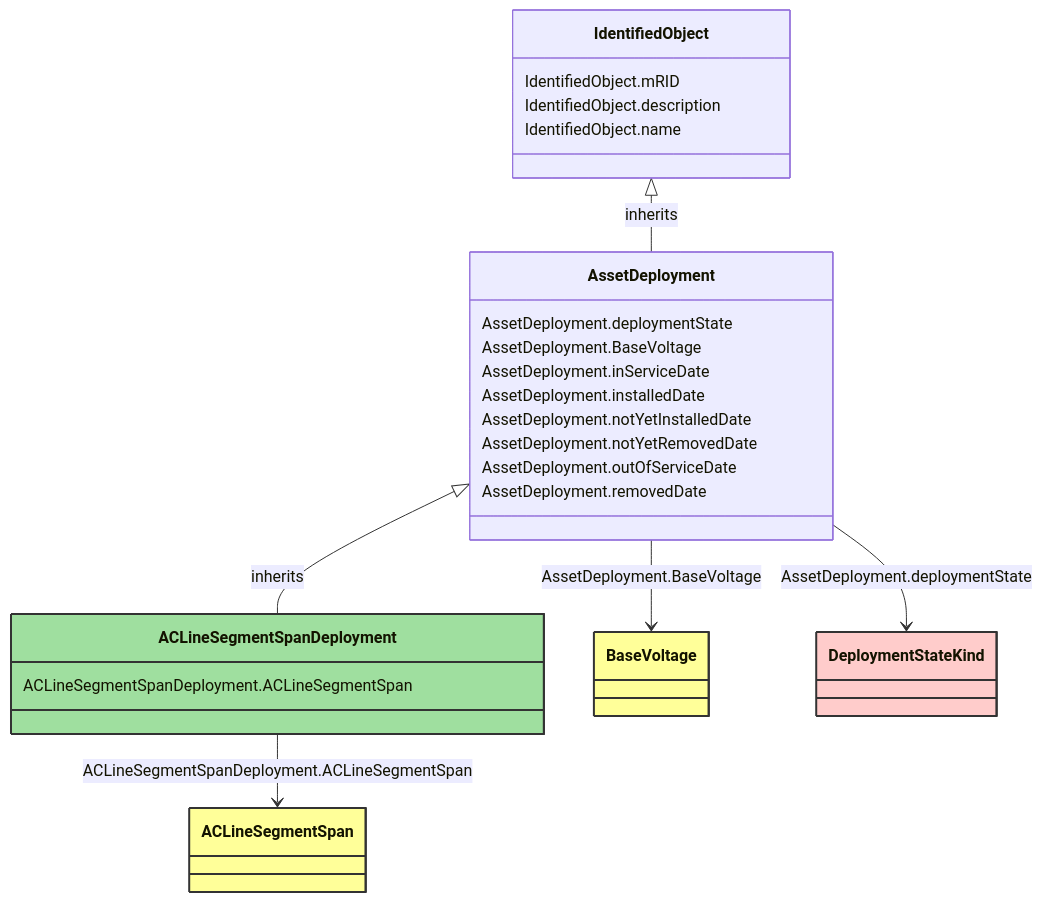
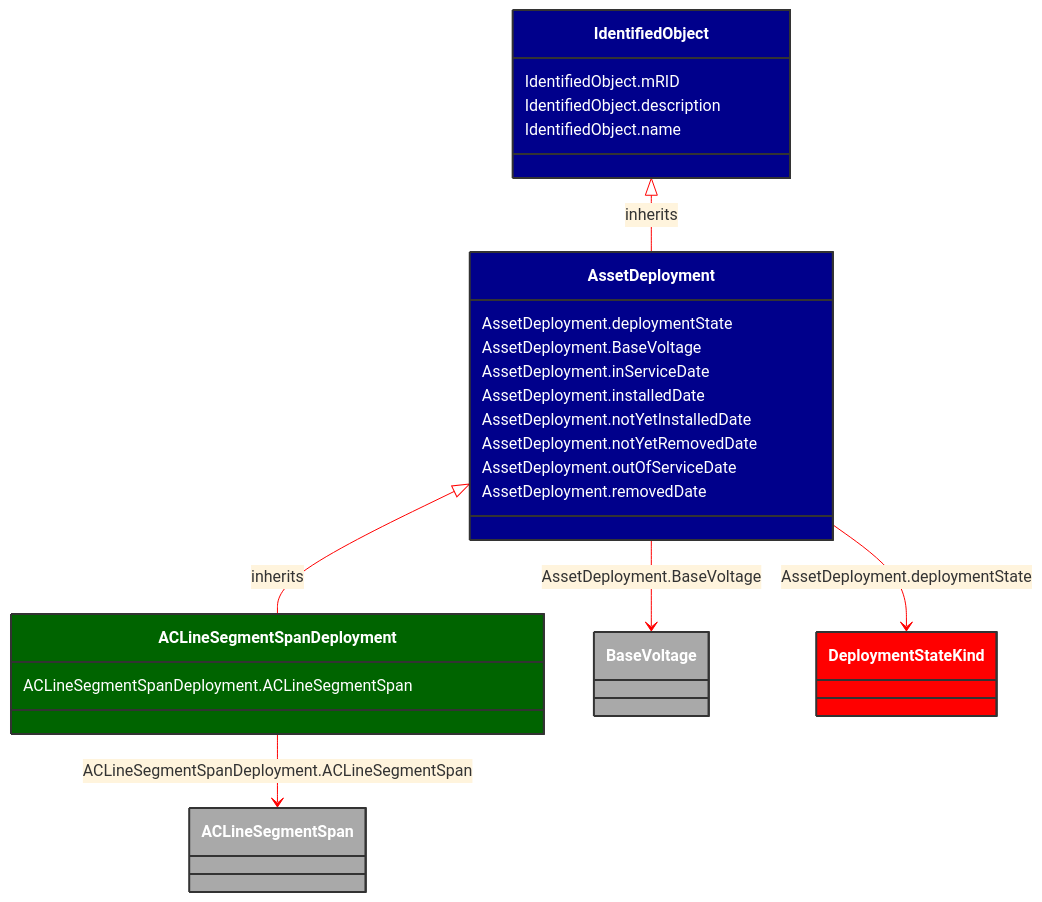
The diagram in docs/Models/Profiles/AviationObstacle/ConcreteClasses/ACLineSegmentSpanDeployment.md (3lbits/NoCIMExtensions), drawn with Mermaid before and after one commit. The commit also changed 58 other files, not shown here.

````diff
--- a/docs/Models/Profiles/AviationObstacle/ConcreteClasses/ACLineSegmentSpanDeployment.md
+++ b/docs/Models/Profiles/AviationObstacle/ConcreteClasses/ACLineSegmentSpanDeployment.md
@@ -8,48 +8,49 @@
 ```mermaid
+%%{init: {'theme':'base','themeVariables': {'lineColor': '#FF0000'}}}%%
 classDiagram
     class ACLineSegmentSpanDeployment
     click ACLineSegmentSpanDeployment href "/Models/Profiles/AviationObstacle/ConcreteClasses/ACLineSegmentSpanDeployment/"
-    style ACLineSegmentSpanDeployment fill:#9fdf9f,stroke:#333,stroke-width:2px,rx:10,ry:10
+    style ACLineSegmentSpanDeployment fill:#006400,stroke:#333,stroke-width:2px,rx:10,ry:10,color:white
 
         AssetDeployment <|-- ACLineSegmentSpanDeployment : inherits
             click AssetDeployment href "/Models/Profiles/AviationObstacle/ConcreteClasses/AssetDeployment/"
-            style AssetDeployment rx:10,ry:10
+            style AssetDeployment fill:#00008B,stroke:#333,stroke-width:2px,rx:10,ry:10,color:white
 
         ACLineSegmentSpanDeployment
             click ACLineSegmentSpanDeployment href "/Models/Profiles/AviationObstacle/ConcreteClasses/ACLineSegmentSpanDeployment/"
-            style ACLineSegmentSpanDeployment rx:10,ry:10
+            style AssetDeployment fill:#00008B,stroke:#333,stroke-width:2px,rx:10,ry:10,color:white
 
         IdentifiedObject <|-- AssetDeployment : inherits
             click IdentifiedObject href "/Models/Profiles/AviationObstacle/AbstractClasses/IdentifiedObject/"
-            style IdentifiedObject rx:10,ry:10
+            style IdentifiedObject fill:#00008B,stroke:#333,stroke-width:2px,rx:10,ry:10,color:white
 
         ACLineSegmentSpanDeployment --> ACLineSegmentSpan : ACLineSegmentSpanDeployment.ACLineSegmentSpan
 
         ACLineSegmentSpan
             click ACLineSegmentSpan href "/Models/Profiles/AviationObstacle/ConcreteClasses/ACLineSegmentSpan/"
-            style ACLineSegmentSpan fill:#ffff99,stroke:#333,stroke-width:2px,rx:10,ry:10
+            style ACLineSegmentSpan fill:#A9A9A9,stroke:#333,stroke-width:2px,rx:10,ry:10,color:white
         AssetDeployment --> BaseVoltage : AssetDeployment.BaseVoltage
 
         BaseVoltage
             click BaseVoltage href "/Models/Profiles/AviationObstacle/ConcreteClasses/BaseVoltage/"
-            style BaseVoltage fill:#ffff99,stroke:#333,stroke-width:2px,rx:10,ry:10
+            style BaseVoltage fill:#A9A9A9,stroke:#333,stroke-width:2px,rx:10,ry:10,color:white
 
         AssetDeployment --> DeploymentStateKind : AssetDeployment.deploymentState
 
         DeploymentStateKind
             click DeploymentStateKind href "/Models/Profiles/AviationObstacle/Enumerations/DeploymentStateKind/"
-            style DeploymentStateKind fill:#FFCCCB,stroke:#333,stroke-width:2px,rx:10,ry:10
+            style DeploymentStateKind fill:#FF0000,stroke:#333,stroke-width:2px,rx:10,ry:10,color:white
 
         ACLineSegmentSpanDeployment : ACLineSegmentSpanDeployment.ACLineSegmentSpan
         AssetDeployment : AssetDeployment.deploymentState
         AssetDeployment : AssetDeployment.BaseVoltage
         AssetDeployment : AssetDeployment.inServiceDate
         AssetDeployment : AssetDeployment.installedDate
         AssetDeployment : AssetDeployment.notYetInstalledDate
         AssetDeployment : AssetDeployment.notYetRemovedDate
         AssetDeployment : AssetDeployment.outOfServiceDate
         AssetDeployment : AssetDeployment.removedDate
         IdentifiedObject : IdentifiedObject.mRID
         IdentifiedObject : IdentifiedObject.description
         IdentifiedObject : IdentifiedObject.name
 ```
````
